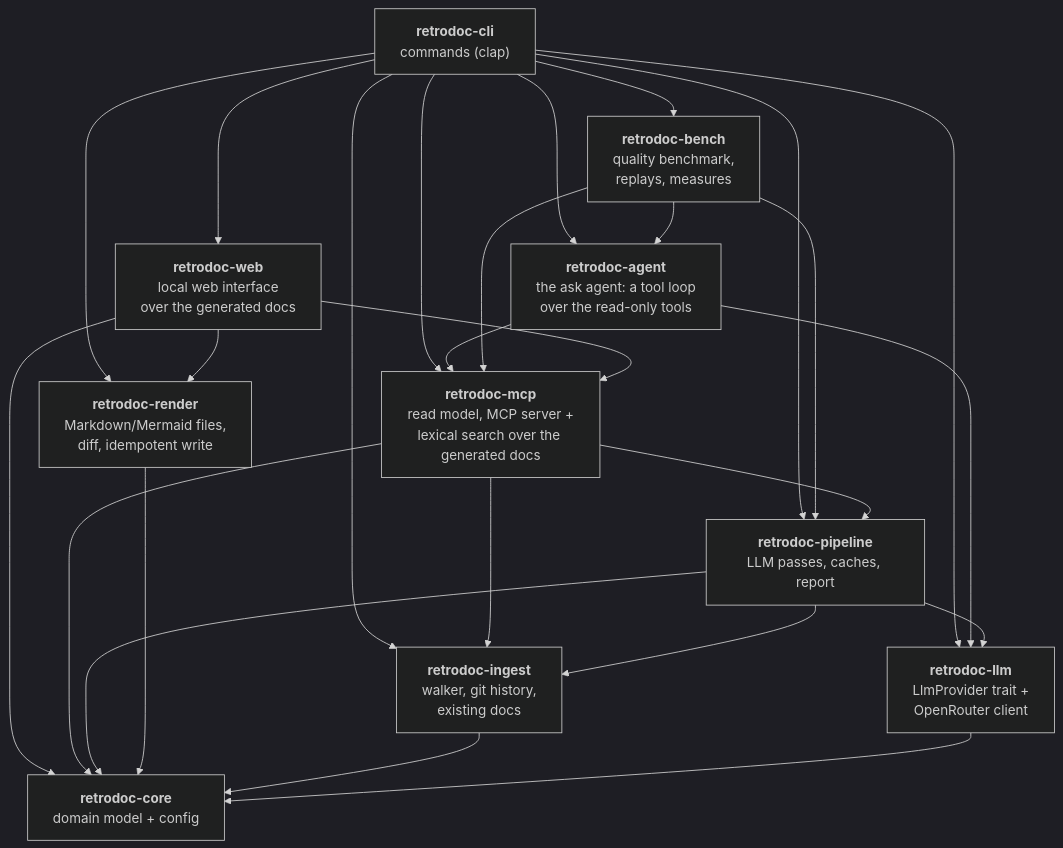
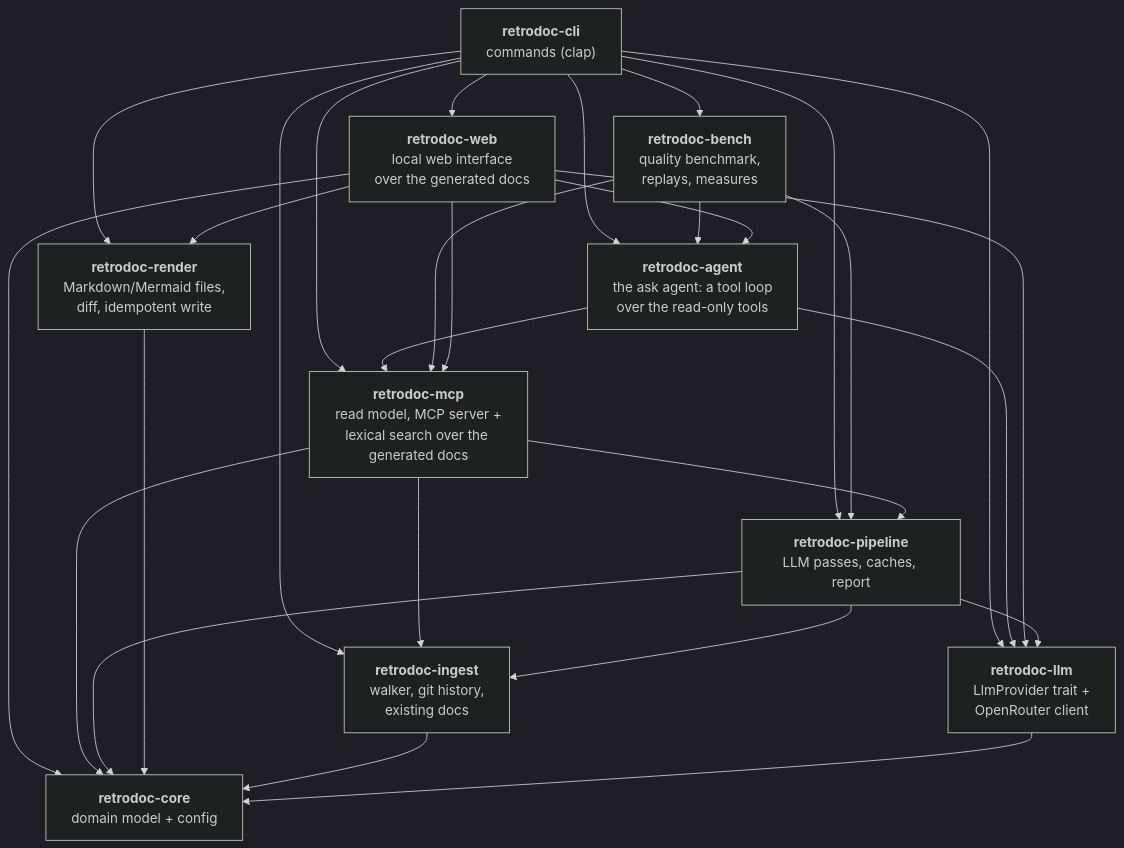
One commit to Electron-libre/RetroDoc changed the second of 9 diagrams in docs/ARCHITECTURE.md. Above: the diagram before and after it, drawn with Mermaid (dark theme). The commit also changed other lines of this file and 19 other files, not shown here.

````diff
--- a/docs/ARCHITECTURE.md
+++ b/docs/ARCHITECTURE.md
@@ -27,39 +27,41 @@
 ```mermaid
 flowchart TD
     cli["<b>retrodoc-cli</b><br/>commands (clap)"]
     pipe["<b>retrodoc-pipeline</b><br/>LLM passes, caches, report"]
     render["<b>retrodoc-render</b><br/>Markdown/Mermaid files,<br/>diff, idempotent write"]
     agent["<b>retrodoc-agent</b><br/>the ask agent: a tool loop<br/>over the read-only tools"]
     mcp["<b>retrodoc-mcp</b><br/>read model, MCP server +<br/>lexical search over the generated docs"]
     bench["<b>retrodoc-bench</b><br/>quality benchmark,<br/>replays, measures"]
     web["<b>retrodoc-web</b><br/>local web interface<br/>over the generated docs"]
     ingest["<b>retrodoc-ingest</b><br/>walker, git history,<br/>existing docs"]
     llm["<b>retrodoc-llm</b><br/>LlmProvider trait +<br/>OpenRouter client"]
     core["<b>retrodoc-core</b><br/>domain model + config"]
 
     cli --> pipe
     cli --> render
     cli --> ingest
     cli --> llm
     cli --> mcp
     cli --> web
     cli --> bench
     cli --> agent
     agent --> mcp
     agent --> llm
     bench --> pipe
     bench --> agent
     bench --> mcp
+    web --> agent
+    web --> llm
     web --> mcp
     web --> render
     web --> core
     mcp --> pipe
     mcp --> ingest
     mcp --> core
     pipe --> ingest
     pipe --> llm
     pipe --> core
     render --> core
     ingest --> core
     llm --> core
 ```
````
